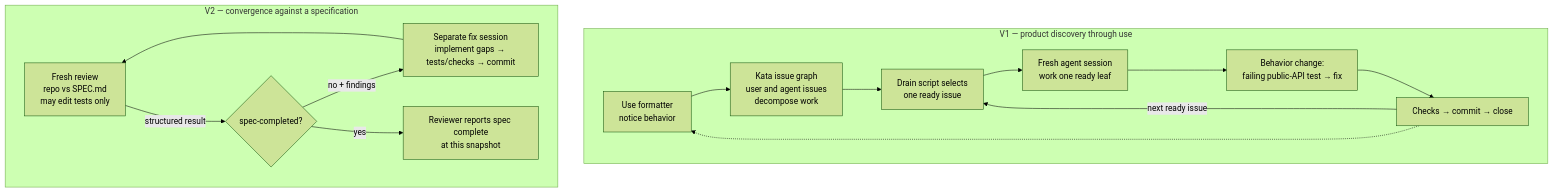
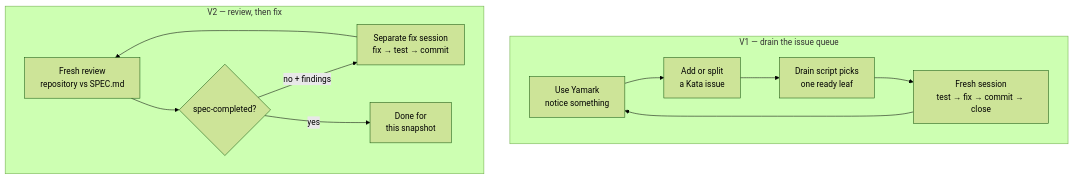
One commit to t-kalinowski/yamark changed the diagram in blogpost.md. Above: the diagram before and after it, drawn with Mermaid (forest theme). The commit also changed other lines of this file and 1 other file, not shown here.

````diff
--- a/blogpost.md
+++ b/blogpost.md
@@ -48,28 +123,24 @@
 ```mermaid
 flowchart TB
-  subgraph v1["V1 — product discovery through use"]
+  subgraph v1["V1 — drain the issue queue"]
     direction LR
-    V1_USE["Use formatter<br/>notice behavior"]
-    V1_QUEUE["Kata issue graph<br/>user and agent issues<br/>decompose work"]
-    V1_READY["Drain script selects<br/>one ready issue"]
-    V1_WORK["Fresh agent session<br/>work one ready leaf"]
-    V1_TEST["Behavior change:<br/>failing public-API test → fix"]
-    V1_DONE["Checks → commit → close"]
+    V1_USE["Use Yamark<br/>notice something"]
+    V1_QUEUE["Add or split<br/>a Kata issue"]
+    V1_READY["Drain script picks<br/>one ready leaf"]
+    V1_WORK["Fresh session<br/>test → fix → commit → close"]
 
-    V1_USE --> V1_QUEUE --> V1_READY --> V1_WORK --> V1_TEST --> V1_DONE
-    V1_DONE -->|"next ready issue"| V1_READY
-    V1_DONE -.-> V1_USE
+    V1_USE --> V1_QUEUE --> V1_READY --> V1_WORK --> V1_USE
   end
 
-  subgraph v2["V2 — convergence against a specification"]
+  subgraph v2["V2 — review, then fix"]
     direction LR
-    V2_REVIEW["Fresh review<br/>repo vs SPEC.md<br/>may edit tests only"]
+    V2_REVIEW["Fresh review<br/>repository vs SPEC.md"]
     V2_GATE{"spec-completed?"}
-    V2_FIX["Separate fix session<br/>implement gaps → tests/checks → commit"]
-    V2_MATCH["Reviewer reports spec complete<br/>at this snapshot"]
+    V2_FIX["Separate fix session<br/>fix → test → commit"]
+    V2_DONE["Done for<br/>this snapshot"]
 
-    V2_REVIEW -->|"structured result"| V2_GATE
+    V2_REVIEW --> V2_GATE
     V2_GATE -->|"no + findings"| V2_FIX --> V2_REVIEW
-    V2_GATE -->|"yes"| V2_MATCH
+    V2_GATE -->|"yes"| V2_DONE
   end
 ```
````
